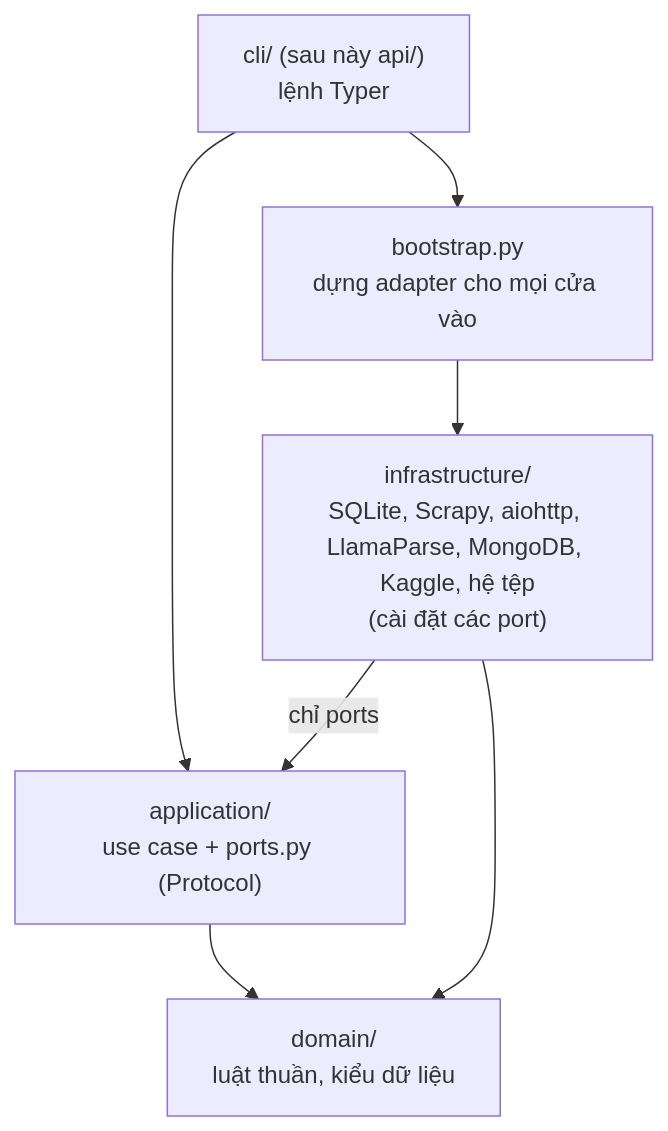
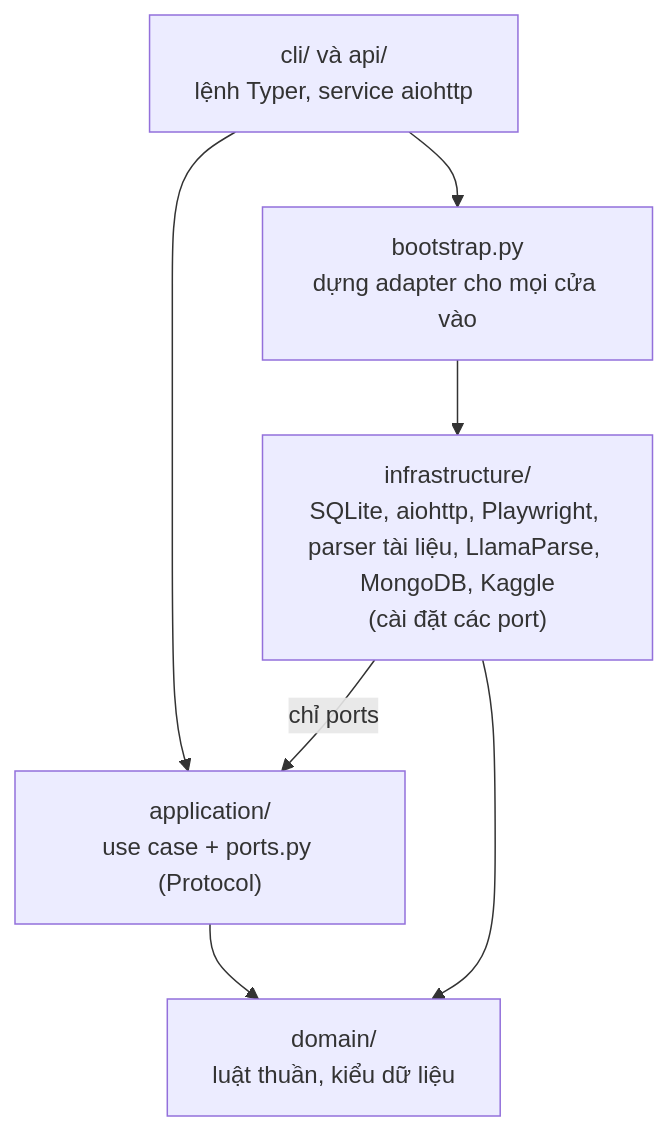
Before and after one commit to doanan293/WebCorpusPipeline: the first of 3 diagrams in data_pipeline/docs/architecture.md, drawn with Mermaid. The commit also changed other lines of this file and 193 other files, not shown here.

````diff
--- a/data_pipeline/docs/architecture.md
+++ b/data_pipeline/docs/architecture.md
@@ -9,15 +16,15 @@
 ```mermaid
 flowchart TB
-    PRES["cli/ (sau này api/)<br/>lệnh Typer"]
+    PRES["cli/ và api/<br/>lệnh Typer, service aiohttp"]
     BOOT["bootstrap.py<br/>dựng adapter cho mọi cửa vào"]
-    INFRA["infrastructure/<br/>SQLite, Scrapy, aiohttp, LlamaParse, MongoDB, Kaggle, hệ tệp<br/>(cài đặt các port)"]
+    INFRA["infrastructure/<br/>SQLite, aiohttp, Playwright, parser tài liệu, LlamaParse, MongoDB, Kaggle<br/>(cài đặt các port)"]
     APP["application/<br/>use case + ports.py (Protocol)"]
     DOM["domain/<br/>luật thuần, kiểu dữ liệu"]
 
     PRES --> BOOT
     PRES --> APP
     BOOT --> INFRA
     INFRA -->|"chỉ ports"| APP
     APP --> DOM
     INFRA --> DOM
 ```
````
